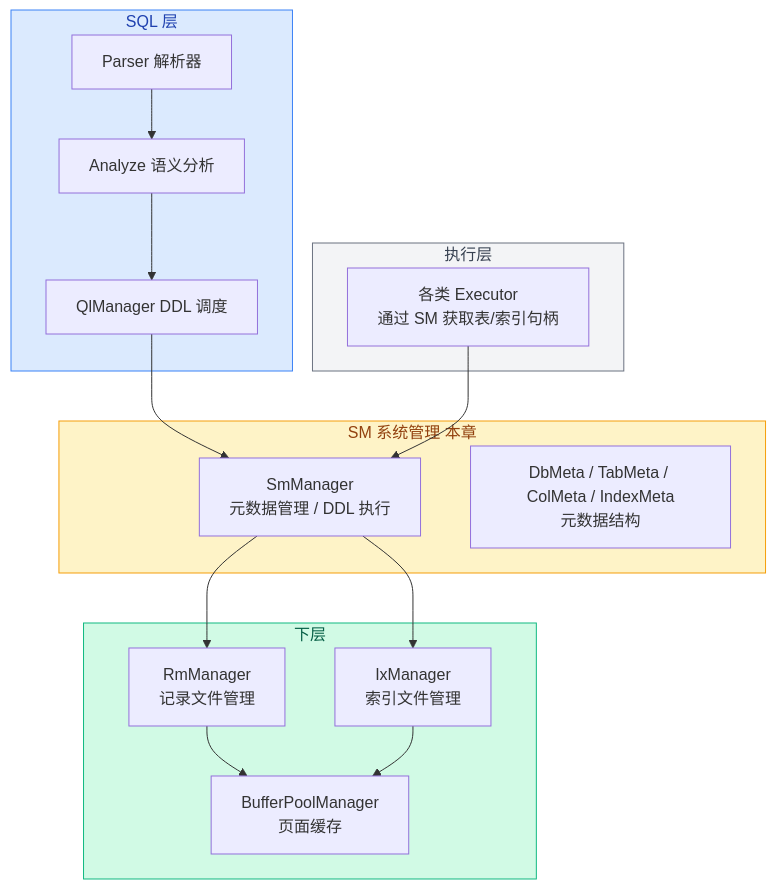
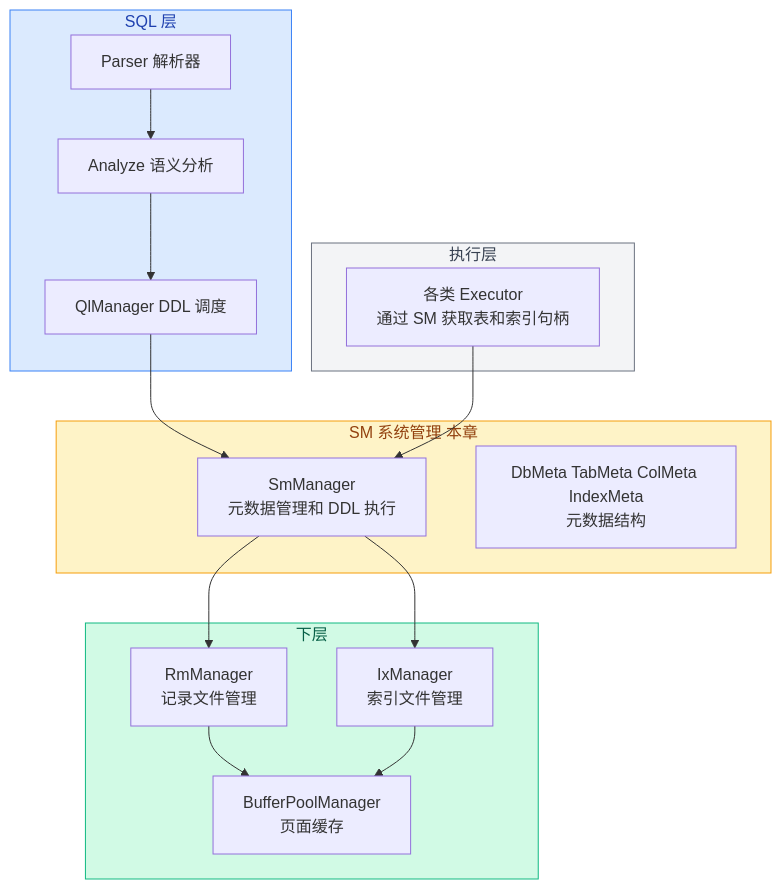
The diagram in my-analysis/04-system-layer/01-system-layer-overview.md (Dorian7Alden/RMDB-2024-Analyze), drawn with Mermaid before and after one commit. The commit also changed other lines of this file and 8 other files, not shown here.

````diff
--- a/my-analysis/04-system-layer/01-system-layer-overview.md
+++ b/my-analysis/04-system-layer/01-system-layer-overview.md
@@ -13,36 +13,36 @@
 ```mermaid
 flowchart TD
     subgraph upper["SQL 层"]
         style upper fill:#dbeafe,stroke:#3b82f6,color:#1e40af
         P["Parser 解析器"]
         A["Analyze 语义分析"]
         Q["QlManager DDL 调度"]
     end
 
     subgraph sm["SM 系统管理 本章"]
         style sm fill:#fef3c7,stroke:#f59e0b,color:#92400e
-        SMANAGER["SmManager<br/>元数据管理 / DDL 执行"]
-        META["DbMeta / TabMeta / ColMeta / IndexMeta<br/>元数据结构"]
+        SMANAGER["SmManager<br/>元数据管理和 DDL 执行"]
+        META["DbMeta TabMeta ColMeta IndexMeta<br/>元数据结构"]
     end
 
     subgraph lower["下层"]
         style lower fill:#d1fae5,stroke:#10b981,color:#065f46
         RM["RmManager<br/>记录文件管理"]
         IX["IxManager<br/>索引文件管理"]
         BP["BufferPoolManager<br/>页面缓存"]
     end
 
     subgraph exec["执行层"]
         style exec fill:#f3f4f6,stroke:#6b7280,color:#374151
-        EXEC["各类 Executor<br/>通过 SM 获取表/索引句柄"]
+        EXEC["各类 Executor<br/>通过 SM 获取表和索引句柄"]
     end
 
     P --> A
     A --> Q
     Q --> SMANAGER
     SMANAGER --> RM
     SMANAGER --> IX
     RM --> BP
     IX --> BP
     EXEC --> SMANAGER
 ```
````
